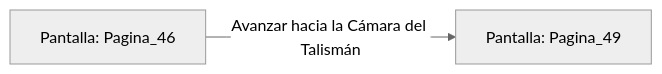
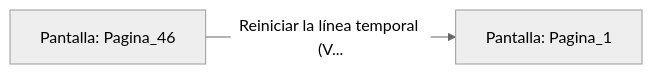
Before and after one commit to metsuke/mpl: the diagram in sample/eligejuego-vault/Pantalla_Pagina_46.md, drawn with Mermaid (neutral theme). The commit also changed other lines of this file and 635 other files, not shown here.

First line of the commit message:
fix: añadir Pagina_1 como pantalla inicial en capitulo_01.mpl

````diff
--- a/sample/eligejuego-vault/Pantalla_Pagina_46.md
+++ b/sample/eligejuego-vault/Pantalla_Pagina_46.md
@@ -14,5 +17,5 @@
 ```mermaid
 graph LR
     P_Pagina_46["Pantalla: Pagina_46"]
-    P_Pagina_46 -->|"Avanzar hacia la Cámara del Talismán"| P_Pagina_49["Pantalla: Pagina_49"]
+    P_Pagina_46 -->|"Reiniciar la línea temporal (V..."| P_Pagina_1["Pantalla: Pagina_1"]
 ```
````
